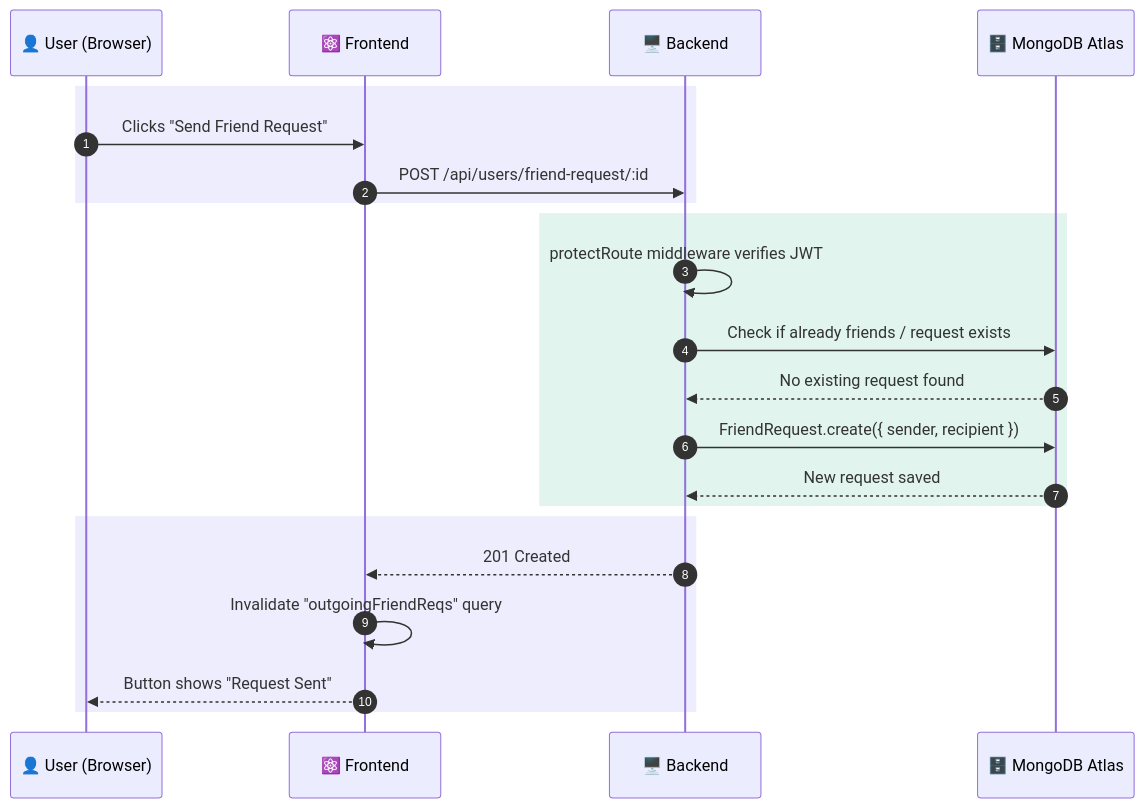
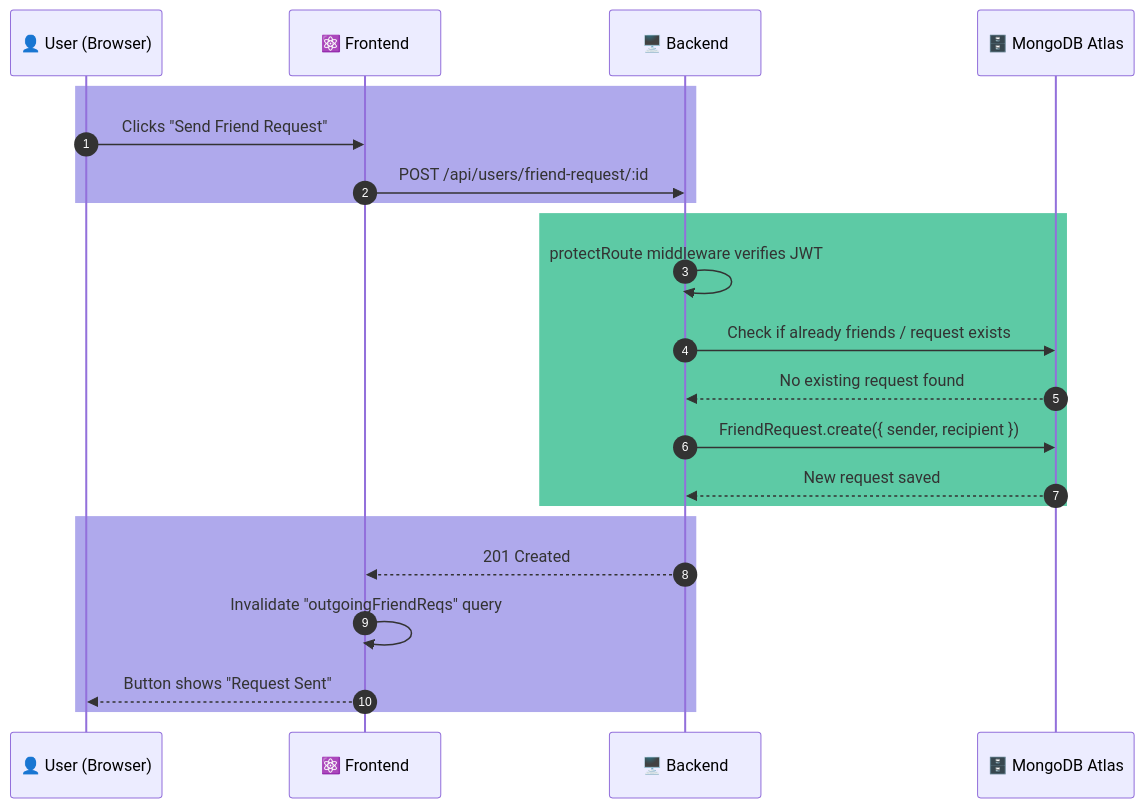
One commit to aasthabajpai010/BhashaShikho changed the third of 4 diagrams in ARCHITECTURE.md. Above: the diagram before and after it, drawn with Mermaid. The commit also changed other lines of this file, not shown here.

Commit message:
Improve diagram color contrast for dark mode visibility

````diff
--- a/ARCHITECTURE.md
+++ b/ARCHITECTURE.md
@@ -101,25 +101,25 @@
 ```mermaid
 sequenceDiagram
     autonumber
     participant U as 👤 User (Browser)
     participant F as ⚛️ Frontend
     participant B as 🖥️ Backend
     participant M as 🗄️ MongoDB Atlas
 
-    rect rgb(238, 237, 254)
+    rect rgb(175, 169, 236)
     U->>F: Clicks "Send Friend Request"
     F->>B: POST /api/users/friend-request/:id
     end
-    rect rgb(225, 245, 238)
+    rect rgb(93, 202, 165)
     B->>B: protectRoute middleware verifies JWT
     B->>M: Check if already friends / request exists
     M-->>B: No existing request found
     B->>M: FriendRequest.create({ sender, recipient })
     M-->>B: New request saved
     end
-    rect rgb(238, 237, 254)
+    rect rgb(175, 169, 236)
     B-->>F: 201 Created
     F->>F: Invalidate "outgoingFriendReqs" query
     F-->>U: Button shows "Request Sent"
     end
 ```
````
